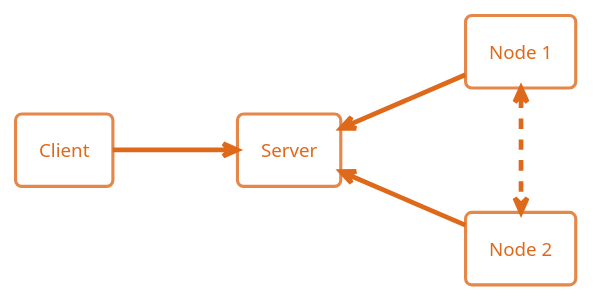
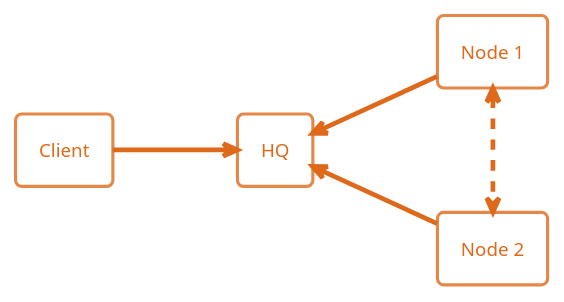
The first of 2 diagrams in docs/introduction/introduction.rst (vantage6/vantage6), drawn with PlantUML before and after one commit. The commit also changed other lines of this file and 89 other files, not shown here.

```diff
--- a/docs/introduction/introduction.rst
+++ b/docs/introduction/introduction.rst
@@ -29,19 +33,19 @@
 .. uml::
 
     !theme superhero-outline
 
     left to right direction
     skinparam nodesep 80
     skinparam ranksep 80
 
     rectangle client as "Client"
-    rectangle server as "Server"
-    client --> server
+    rectangle hq as "HQ"
+    client --> hq
 
     rectangle node1 as "Node 1"
     rectangle node2 as "Node 2"
 
-    server <-- node1
-    server <-- node2
+    hq <-- node1
+    hq <-- node2
 
     node1 <-r[dashed]-> node2
```
